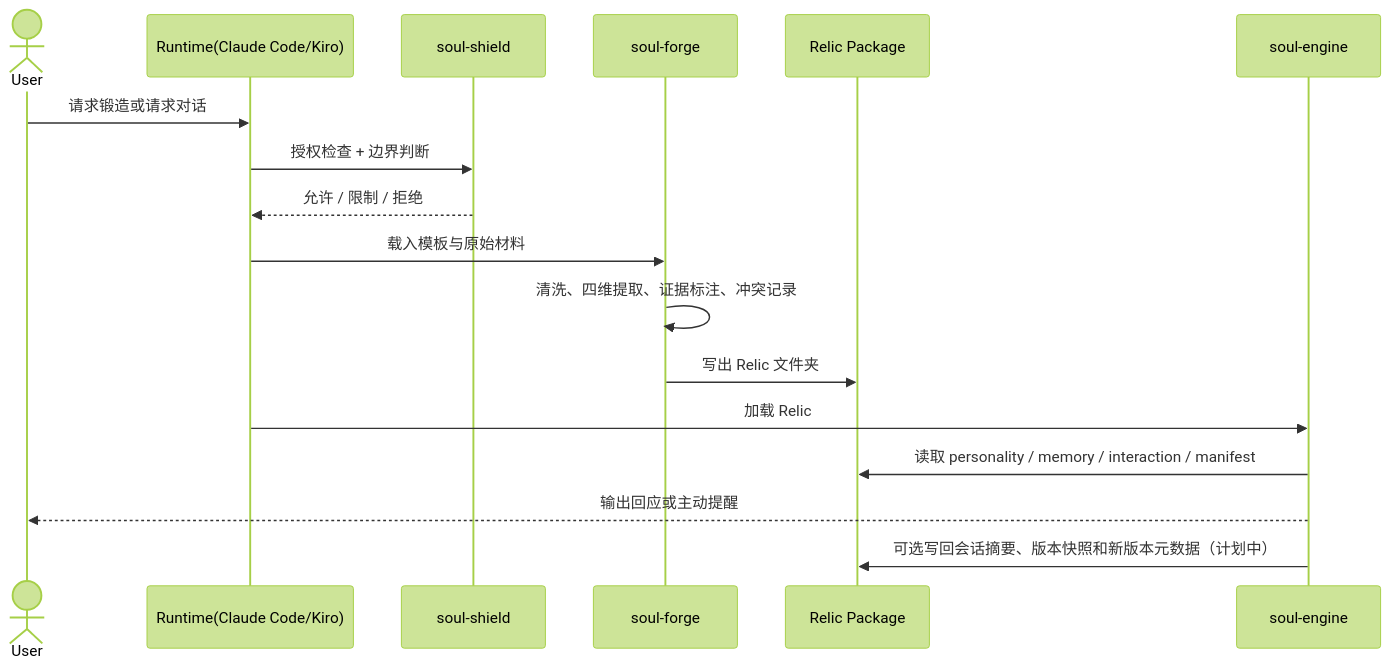
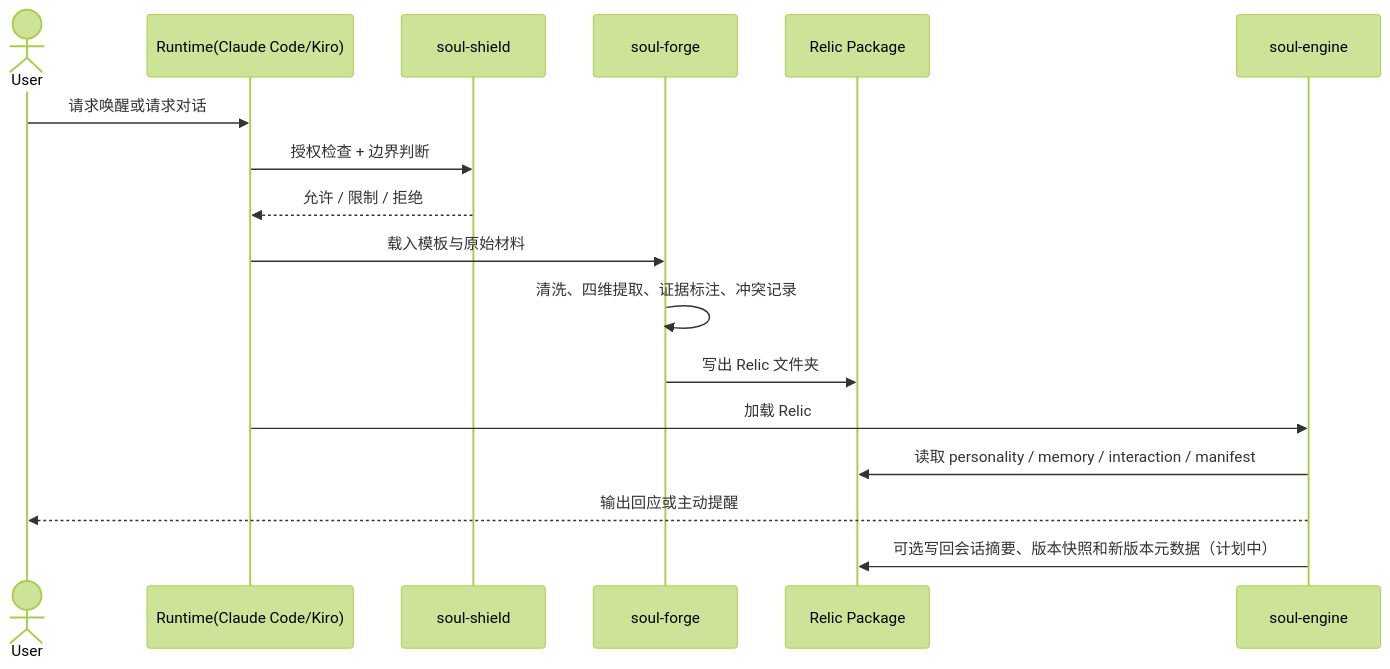
One commit to Ylsssq926/relic.skill changed the second of 2 diagrams in docs/ARCHITECTURE.md. Above: the diagram before and after it, drawn with Mermaid (forest theme). The commit also changed other lines of this file and 62 other files, not shown here.

````diff
--- a/docs/ARCHITECTURE.md
+++ b/docs/ARCHITECTURE.md
@@ -74,20 +74,20 @@
 ```mermaid
 sequenceDiagram
     actor U as User
     participant R as Runtime(Claude Code/Kiro)
     participant S as soul-shield
     participant F as soul-forge
     participant P as Relic Package
     participant E as soul-engine
 
-    U->>R: 请求锻造或请求对话
+    U->>R: 请求唤醒或请求对话
     R->>S: 授权检查 + 边界判断
     S-->>R: 允许 / 限制 / 拒绝
     R->>F: 载入模板与原始材料
     F->>F: 清洗、四维提取、证据标注、冲突记录
     F->>P: 写出 Relic 文件夹
     R->>E: 加载 Relic
     E->>P: 读取 personality / memory / interaction / manifest
     E-->>U: 输出回应或主动提醒
     E->>P: 可选写回会话摘要、版本快照和新版本元数据（计划中）
 ```
````
